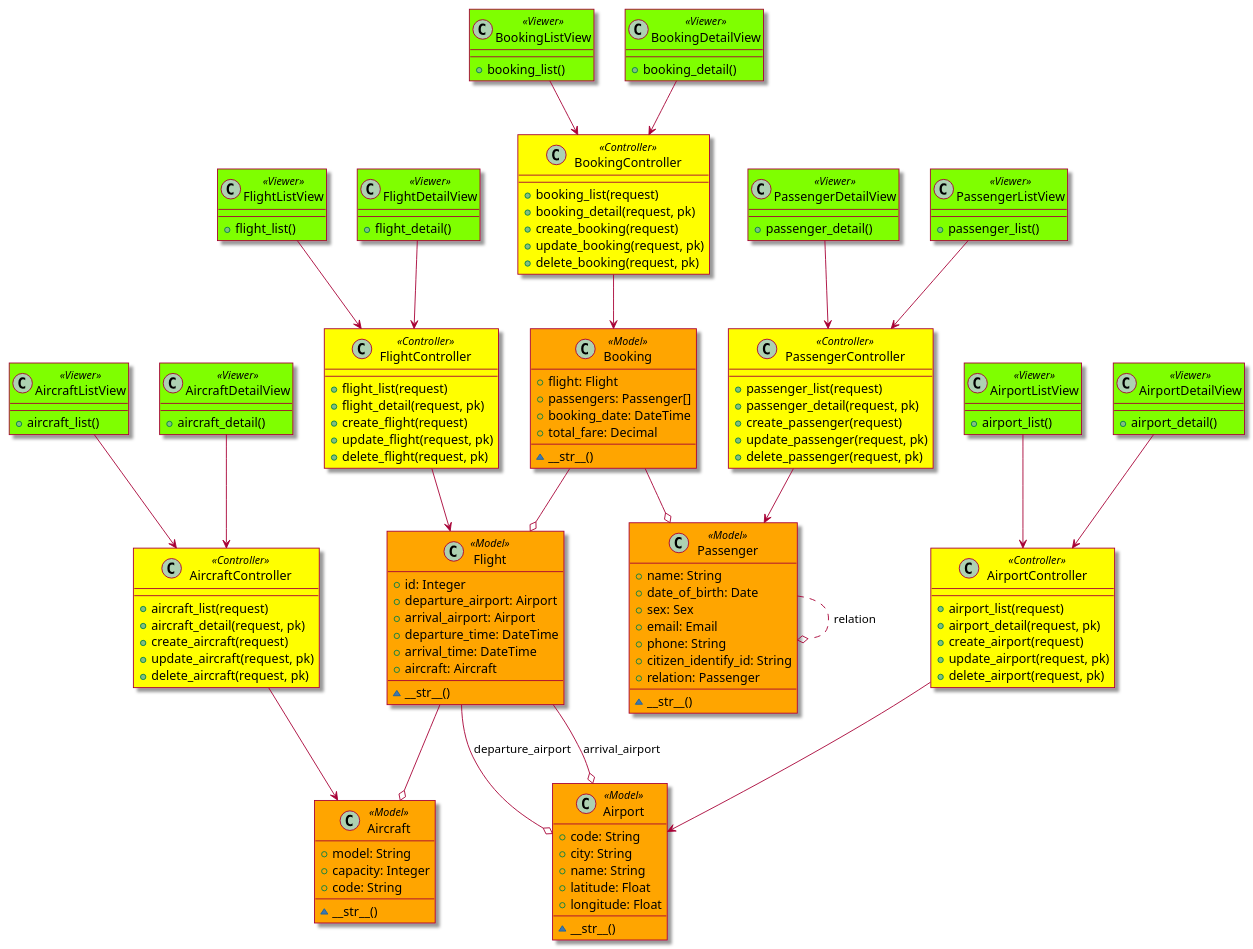
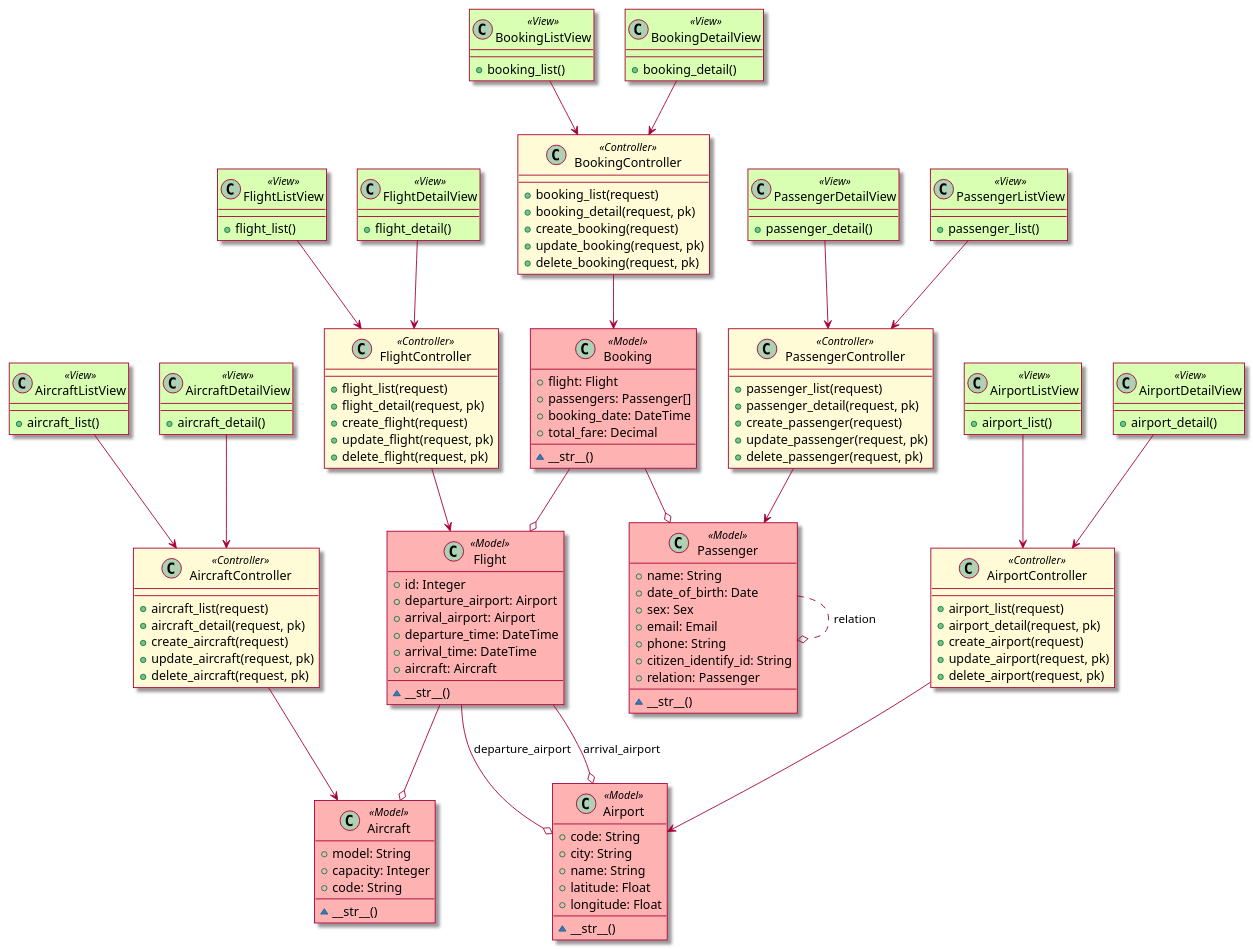
The diagram in documents/class.puml (t-pk/aviation-management-project), drawn with PlantUML before and after one commit. The commit also changed 4 other files, not shown here.

Commit message:
update sequence diagram

```diff
--- a/documents/class.puml
+++ b/documents/class.puml
@@ -1,167 +1,167 @@
 @startuml "class uml"
 
 skin rose
 
 skinparam class {
-BackgroundColor<<Model>> orange
+BackgroundColor<<Model>> #FFB2B2
 }
 
 skinparam class {
-BackgroundColor<<Controller>> yellow
+BackgroundColor<<Controller>> #FFFBD7
 }
 
 skinparam class {
-BackgroundColor<<Viewer>> chartreuse
+BackgroundColor<<View>> #D9FFB2
 }
 
 
 class Flight <<Model>> {
     + id: Integer
     + departure_airport: Airport
     + arrival_airport: Airport
     + departure_time: DateTime
     + arrival_time: DateTime
     + aircraft: Aircraft
     ~ __str__()
 }
 
 class Aircraft<<Model>> {
     + model: String
     + capacity: Integer
     + code: String
     ~ __str__()
 }
 
 class Airport<<Model>> {
     + code: String
     + city: String
     + name: String
     + latitude: Float
     + longitude: Float
     ~ __str__()
 }
 
 class Passenger<<Model>> {
     + name: String
     + date_of_birth: Date
     + sex: Sex
     + email: Email
     + phone: String
     + citizen_identify_id: String
     + relation: Passenger
     ~ __str__()
 }
 
 class Booking<<Model>> {
     + flight: Flight
     + passengers: Passenger[]
     + booking_date: DateTime
     + total_fare: Decimal
     ~ __str__()
 }
 
-class FlightListView<<Viewer>> {
+class FlightListView<<View>> {
     + flight_list()
 }
 
-class FlightDetailView<<Viewer>> {
+class FlightDetailView<<View>> {
     + flight_detail()
 }
 
-class AirportListView<<Viewer>> {
+class AirportListView<<View>> {
     + airport_list()
 }
 
-class AirportDetailView<<Viewer>> {
+class AirportDetailView<<View>> {
     + airport_detail()
 }
 
-class AircraftListView<<Viewer>> {
+class AircraftListView<<View>> {
     + aircraft_list()
 }
 
-class AircraftDetailView<<Viewer>> {
+class AircraftDetailView<<View>> {
     + aircraft_detail()
 }
 
-class PassengerListView<<Viewer>> {
+class PassengerListView<<View>> {
     + passenger_list()
 }
 
-class PassengerDetailView<<Viewer>> {
+class PassengerDetailView<<View>> {
     + passenger_detail()
 }
 
-class BookingListView<<Viewer>> {
+class BookingListView<<View>> {
     + booking_list()
 }
 
-class BookingDetailView<<Viewer>> {
+class BookingDetailView<<View>> {
     + booking_detail()
 }
 
 class FlightController<<Controller>> {
     + flight_list(request)
     + flight_detail(request, pk)
     + create_flight(request)
     + update_flight(request, pk)
     + delete_flight(request, pk)
 }
 
 class AirportController<<Controller>> {
     + airport_list(request)
     + airport_detail(request, pk)
     + create_airport(request)
     + update_airport(request, pk)
     + delete_airport(request, pk)
 }
 
 class AircraftController<<Controller>> {
     + aircraft_list(request)
     + aircraft_detail(request, pk)
     + create_aircraft(request)
     + update_aircraft(request, pk)
     + delete_aircraft(request, pk)
 }
 
 class PassengerController<<Controller>> {
     + passenger_list(request)
     + passenger_detail(request, pk)
     + create_passenger(request)
     + update_passenger(request, pk)
     + delete_passenger(request, pk)
 }
 
 class BookingController<<Controller>> {
     + booking_list(request)
     + booking_detail(request, pk)
     + create_booking(request)
     + update_booking(request, pk)
     + delete_booking(request, pk)
 }
 
 FlightListView --> FlightController
 FlightDetailView --> FlightController
 AirportListView --> AirportController
 AirportDetailView --> AirportController
 AircraftListView --> AircraftController
 AircraftDetailView --> AircraftController
 PassengerListView --> PassengerController
 PassengerDetailView --> PassengerController
 BookingListView --> BookingController
 BookingDetailView --> BookingController
 
 FlightController --> Flight
 AirportController --> Airport
 AircraftController --> Aircraft
 PassengerController --> Passenger
 BookingController --> Booking
 
 Passenger ..o Passenger: relation
 Flight --o Airport: departure_airport
 Flight --o Airport: arrival_airport
 Flight --o Aircraft
 Booking --o Flight
 Booking --o Passenger
 
 @enduml
```
